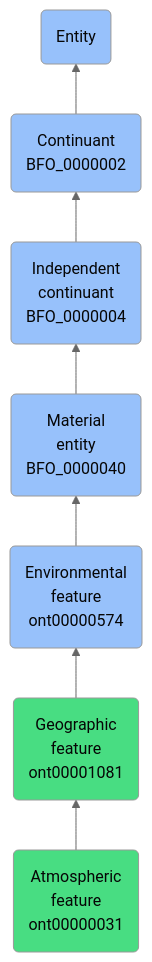
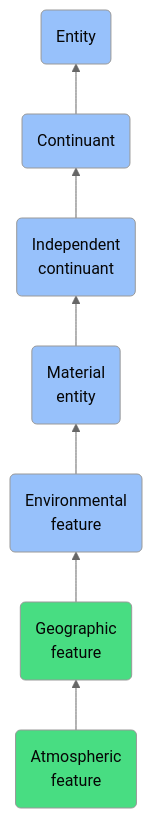
The diagram in docs/ontology/reference/model/Entity/Continuant/Independent continuant/Material entity/Environmental feature/Geographic feature/Atmospheric feature/Atmospheric feature.md (jupyter-naas/abi), drawn with Mermaid (neutral theme) before and after one commit. The commit also changed other lines of this file and 1430 other files, not shown here.

````diff
--- a/docs/ontology/reference/model/Entity/Continuant/Independent continuant/Material entity/Environmental feature/Geographic feature/Atmospheric feature/Atmospheric feature.md
+++ b/docs/ontology/reference/model/Entity/Continuant/Independent continuant/Material entity/Environmental feature/Geographic feature/Atmospheric feature/Atmospheric feature.md
@@ -24,14 +24,14 @@
 ```mermaid
 graph BT
-    ont00000031(Atmospheric<br>feature<br>ont00000031):::ABI-->ont00001081
-    ont00001081(Geographic<br>feature<br>ont00001081):::ABI-->ont00000574
-    ont00000574(Environmental<br>feature<br>ont00000574):::BFO-->BFO_0000040
-    BFO_0000040(Material<br>entity<br>BFO_0000040):::BFO-->BFO_0000004
-    BFO_0000004(Independent<br>continuant<br>BFO_0000004):::BFO-->BFO_0000002
-    BFO_0000002(Continuant<br>BFO_0000002):::BFO-->BFO_0000001
+    ont00000031(Atmospheric<br>feature):::ABI-->ont00001081
+    ont00001081(Geographic<br>feature):::ABI-->ont00000574
+    ont00000574(Environmental<br>feature):::BFO-->BFO_0000040
+    BFO_0000040(Material<br>entity):::BFO-->BFO_0000004
+    BFO_0000004(Independent<br>continuant):::BFO-->BFO_0000002
+    BFO_0000002(Continuant):::BFO-->BFO_0000001
     BFO_0000001(Entity):::BFO
     
     classDef BFO fill:#97c1fb,color:#060606
     classDef CCO fill:#e4c51e,color:#060606
     classDef ABI fill:#48DD82,color:#060606
 ```
````
